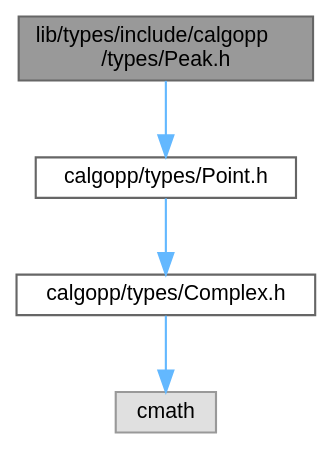
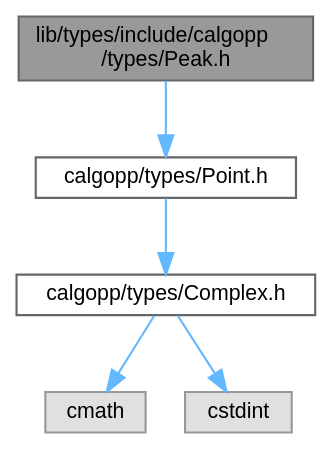
One commit to pawelekg95/algopp changed the diagram in Peak_8h__incl.dot. Above: the diagram before and after it, drawn with Graphviz. The commit also changed 45 other files, not shown here.

```diff
--- a/Peak_8h__incl.dot
+++ b/Peak_8h__incl.dot
@@ -1,14 +1,16 @@
 digraph "lib/types/include/calgopp/types/Peak.h"
 {
  // LATEX_PDF_SIZE
   bgcolor="transparent";
   edge [fontname=Helvetica,fontsize=10,labelfontname=Helvetica,labelfontsize=10];
   node [fontname=Helvetica,fontsize=10,shape=box,height=0.2,width=0.4];
   Node1 [label="lib/types/include/calgopp\l/types/Peak.h",height=0.2,width=0.4,color="gray40", fillcolor="grey60", style="filled", fontcolor="black",tooltip=" "];
   Node1 -> Node2 [color="steelblue1",style="solid"];
   Node2 [label="calgopp/types/Point.h",height=0.2,width=0.4,color="grey40", fillcolor="white", style="filled",URL="$Point_8h.html",tooltip=" "];
   Node2 -> Node3 [color="steelblue1",style="solid"];
   Node3 [label="calgopp/types/Complex.h",height=0.2,width=0.4,color="grey40", fillcolor="white", style="filled",URL="$Complex_8h.html",tooltip=" "];
   Node3 -> Node4 [color="steelblue1",style="solid"];
   Node4 [label="cmath",height=0.2,width=0.4,color="grey60", fillcolor="#E0E0E0", style="filled",tooltip=" "];
+  Node3 -> Node5 [color="steelblue1",style="solid"];
+  Node5 [label="cstdint",height=0.2,width=0.4,color="grey60", fillcolor="#E0E0E0", style="filled",tooltip=" "];
 }
```
